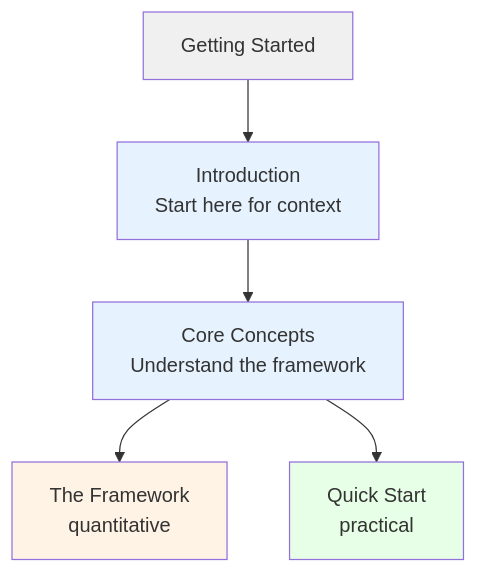
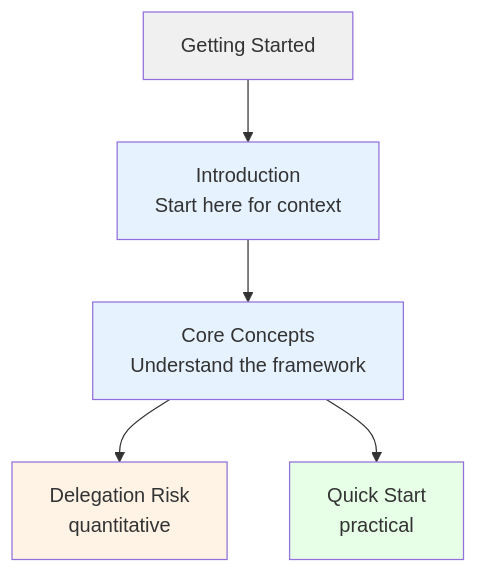
The diagram in src/content/docs/getting-started/index.md (quantified-uncertainty/delegation-risk-framework), drawn with Mermaid before and after one commit. The commit also changed other lines of this file and 3 other files, not shown here.

````diff
--- a/src/content/docs/getting-started/index.md
+++ b/src/content/docs/getting-started/index.md
@@ -39,14 +39,14 @@
 ```mermaid
 flowchart TB
     GS[Getting Started]
     GS --> I[Introduction<br/>Start here for context]
     I --> CC[Core Concepts<br/>Understand the framework]
-    CC --> F[The Framework<br/>quantitative]
+    CC --> F[Delegation Risk<br/>quantitative]
     CC --> QS[Quick Start<br/>practical]
 
     style GS fill:#f0f0f0
     style I fill:#e6f3ff
     style CC fill:#e6f3ff
     style F fill:#fff3e6
     style QS fill:#e6ffe6
 ```
````
